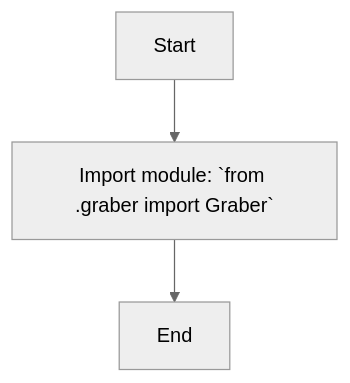
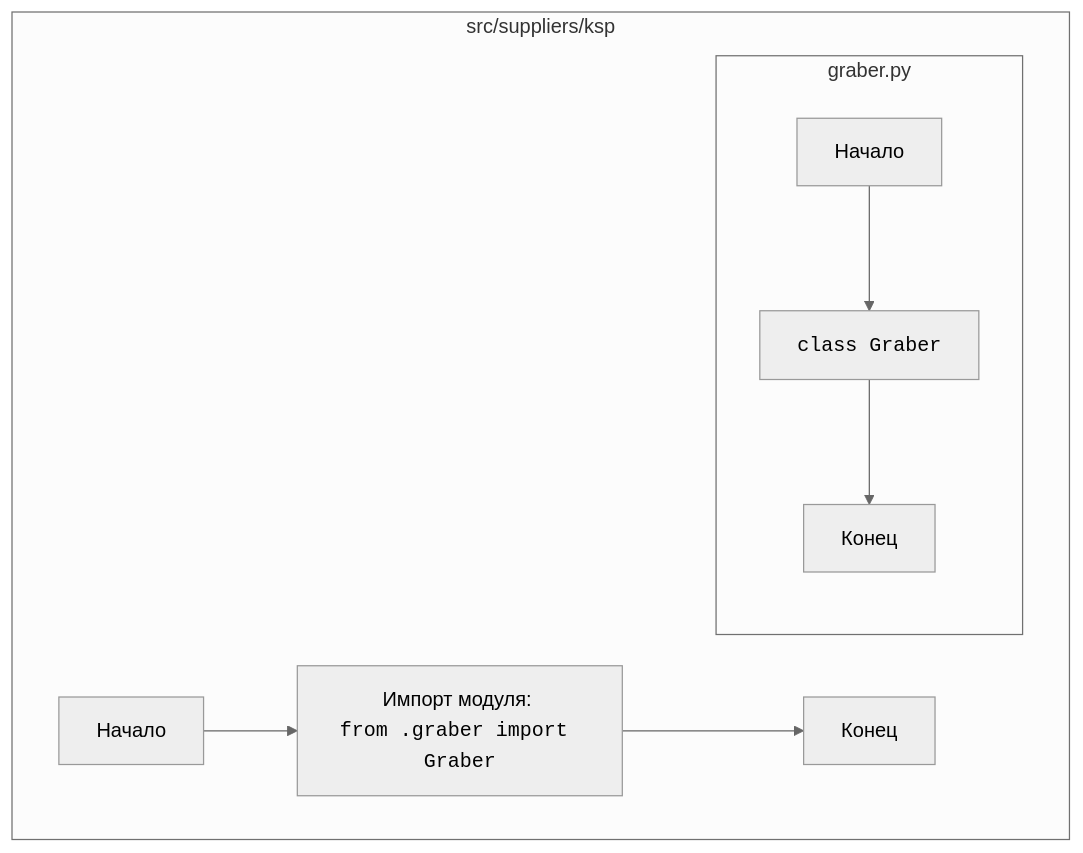
One commit to hypo69/hypo changed the diagram in docs/gemini/ru/explainer/src/suppliers/ksp/__init__.py.md. Above: the diagram before and after it, drawn with Mermaid (neutral theme). The commit also changed other lines of this file and 1505 other files, not shown here.

````diff
--- a/docs/gemini/ru/explainer/src/suppliers/ksp/__init__.py.md
+++ b/docs/gemini/ru/explainer/src/suppliers/ksp/__init__.py.md
@@ -18,5 +11,11 @@
 ```mermaid
 flowchart TD
-    Start --> ImportGraber[Import module: `from .graber import Graber`]
-    ImportGraber --> End
+    subgraph src/suppliers/ksp
+        Start[Начало] --> ImportGraber[Импорт модуля: <br><code>from .graber import Graber</code>]
+        ImportGraber --> End[Конец]
+        subgraph graber.py
+            GStart[Начало] --> GClass[<code>class Graber</code>]
+             GClass --> GEnd[Конец]
+        end
+    end
 ```
````
